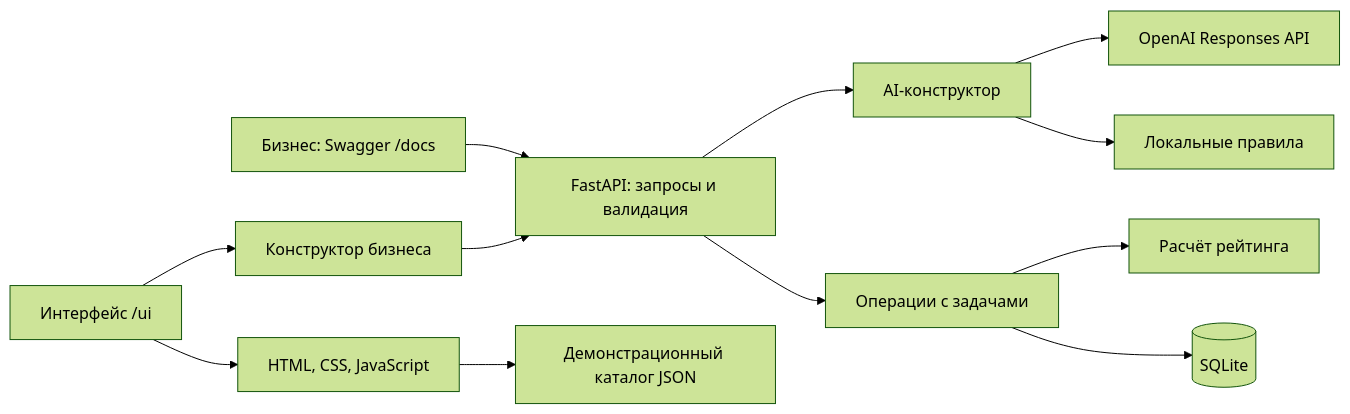
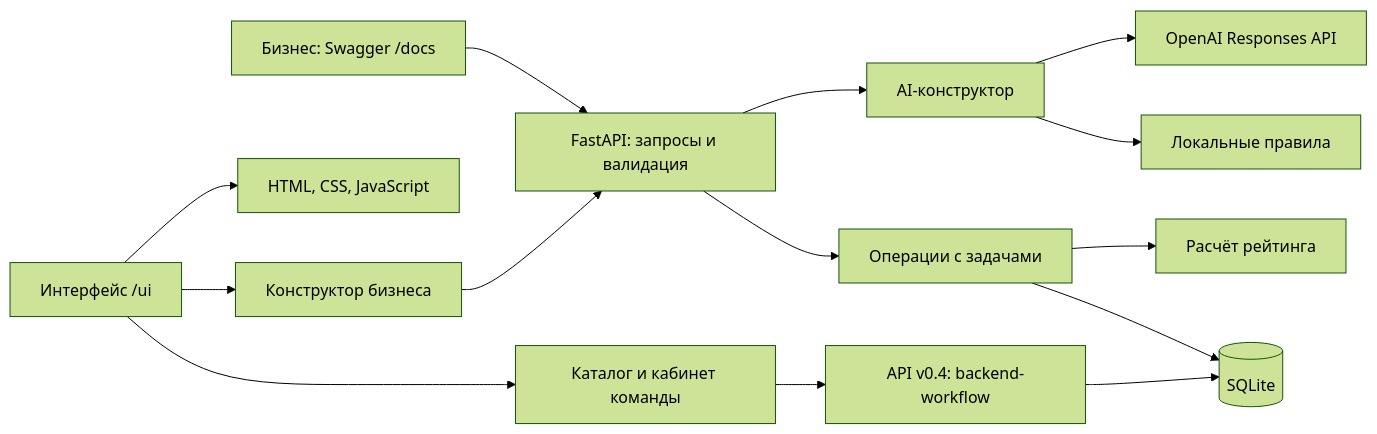
The diagram in README.md (BAITC-Hacks/hack-4484d2b6-arc-team), drawn with Mermaid (forest theme) before and after one commit. The commit also changed other lines of this file and 13 other files, not shown here.

Commit message:
feat(team-ui): complete public catalog and team workflow

````diff
--- a/README.md
+++ b/README.md
@@ -83,14 +88,16 @@
 ```mermaid
 flowchart LR
     Judge[Бизнес: Swagger /docs] --> API[FastAPI: запросы и валидация]
     API --> AI[AI-конструктор]
     AI --> OpenAI[OpenAI Responses API]
     AI --> Local[Локальные правила]
     API --> Repo[Операции с задачами]
     Repo --> Rating[Расчёт рейтинга]
     Repo --> DB[(SQLite)]
     Browser[Интерфейс /ui] --> Assets[HTML, CSS, JavaScript]
     Browser --> Constructor[Конструктор бизнеса]
     Constructor --> API
-    Assets --> Demo[Демонстрационный каталог JSON]
+    Browser --> Team[Каталог и кабинет команды]
+    Team --> Workflow[API v0.4: backend-workflow]
+    Workflow --> DB
 ```
````
